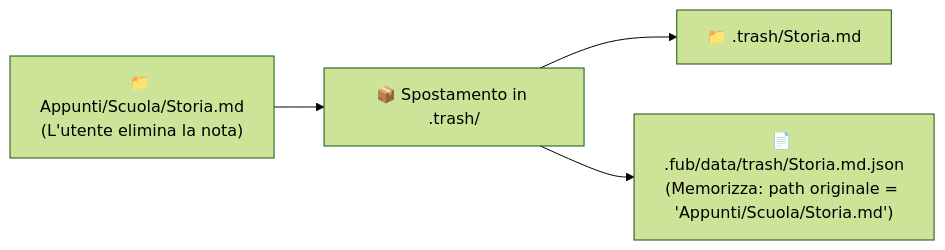
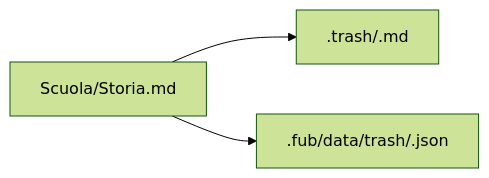
The diagram in docs/05-disco/03-cestino-e-sidecar.md (Fubeo/Fub), drawn with Mermaid (forest theme) before and after one commit. The commit also changed other lines of this file and 11 other files, not shown here.

````diff
--- a/docs/05-disco/03-cestino-e-sidecar.md
+++ b/docs/05-disco/03-cestino-e-sidecar.md
@@ -10,6 +7,5 @@
 ```mermaid
 flowchart LR
-    Origine["📁 Appunti/Scuola/Storia.md<br>(L'utente elimina la nota)"] --> Sposta["📦 Spostamento in .trash/"]
-    Sposta --> Cestino["📁 .trash/Storia.md"]
-    Sposta --> Sidecar["📄 .fub/data/trash/Storia.md.json<br>(Memorizza: path originale = 'Appunti/Scuola/Storia.md')"]
+    Source["Scuola/Storia.md"] --> Trash[".trash/<nome timbrato>.md"]
+    Source --> Sidecar[".fub/data/trash/<nome timbrato>.json"]
 ```
````
